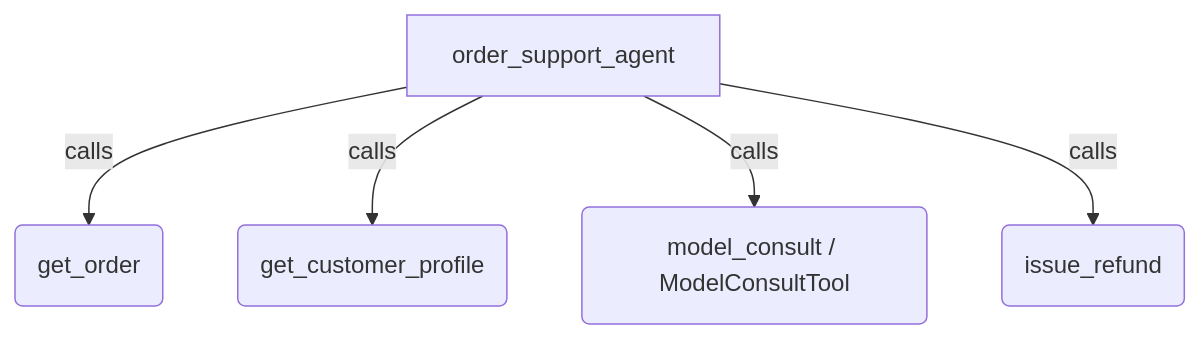
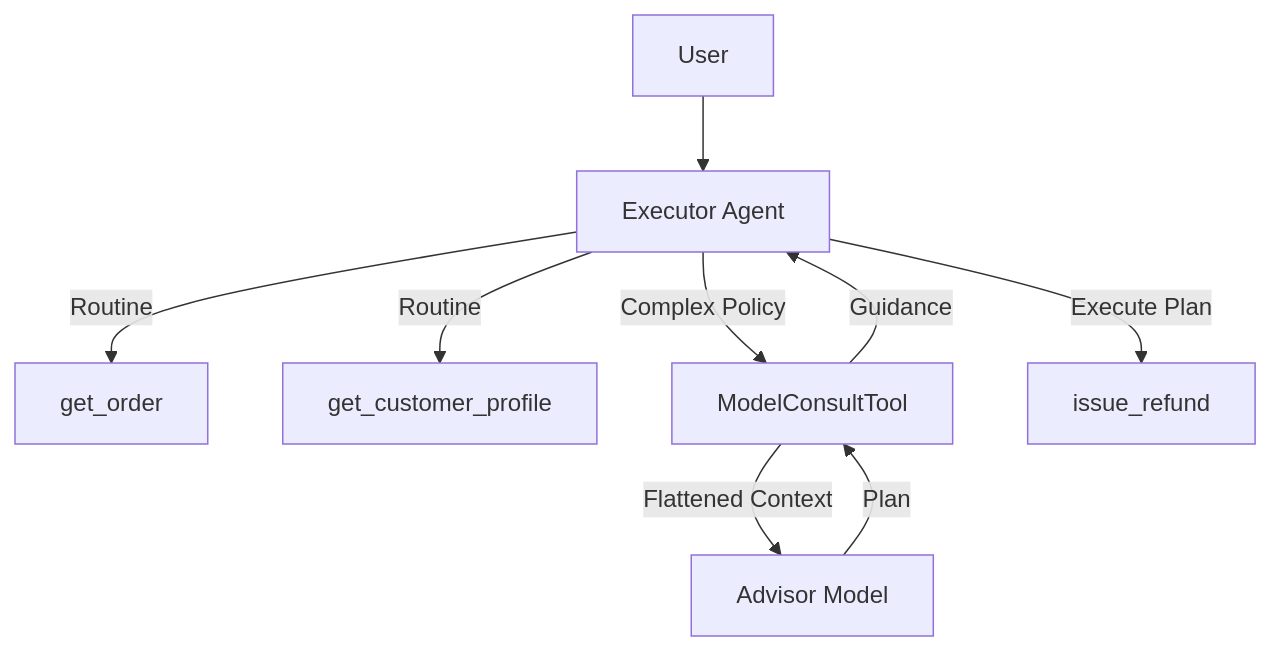
The diagram in contributing/samples/tools/model_consult/README.md (google/adk-python), drawn with Mermaid before and after one commit. The commit also changed other lines of this file, not shown here.

First line of the commit message:
docs(samples): enhance Model Consult sample README with inspection guide and architecture graph

````diff
--- a/contributing/samples/tools/model_consult/README.md
+++ b/contributing/samples/tools/model_consult/README.md
@@ -21,7 +21,11 @@
 ```mermaid
 graph TD
-    Agent[order_support_agent] -->|calls| GetOrder(get_order)
-    Agent -->|calls| GetProfile(get_customer_profile)
-    Agent -->|calls| Consult(model_consult / ModelConsultTool)
-    Agent -->|calls| IssueRefund(issue_refund)
+    User --> Executor[Executor Agent]
+    Executor -->|Routine| Tool1[get_order]
+    Executor -->|Routine| Tool2[get_customer_profile]
+    Executor -->|Complex Policy| Consult[ModelConsultTool]
+    Consult -->|Flattened Context| Advisor[Advisor Model]
+    Advisor -->|Plan| Consult
+    Consult -->|Guidance| Executor
+    Executor -->|Execute Plan| Tool3[issue_refund]
 ```
````
